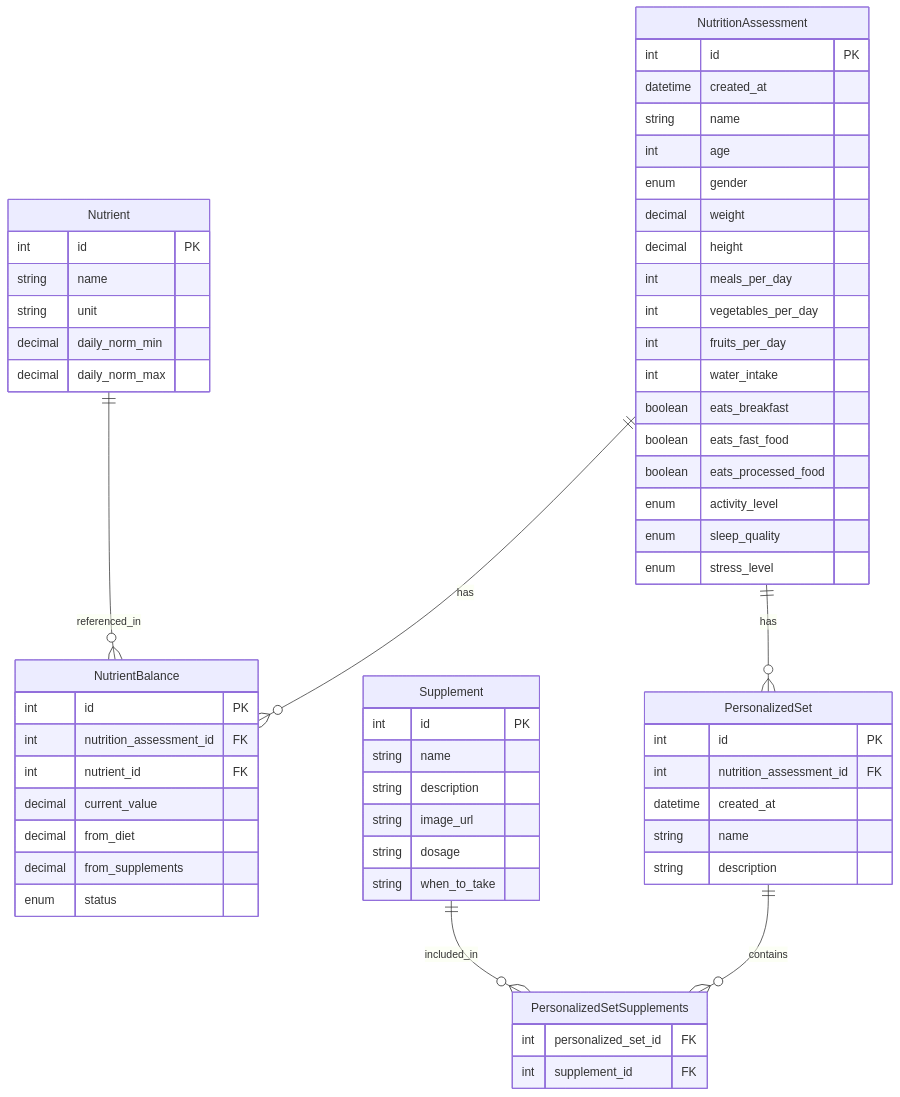
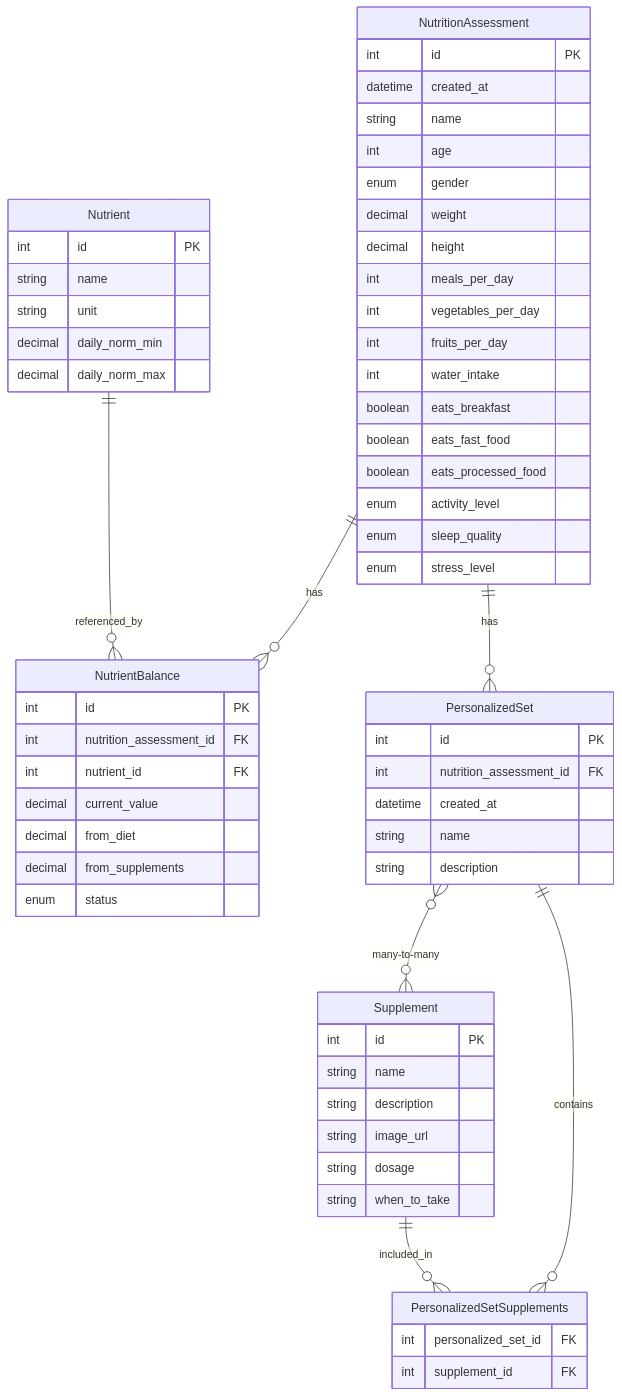
Before and after one commit to YourPancakes/Biogenom.Nutrition: the diagram in database_diagram.md, drawn with Mermaid. The commit also changed other lines of this file, not shown here.

````diff
--- a/database_diagram.md
+++ b/database_diagram.md
@@ -5,68 +5,69 @@
 ```mermaid
 erDiagram
     NutritionAssessment {
         int id PK
         datetime created_at
         string name
         int age
         enum gender
         decimal weight
         decimal height
         int meals_per_day
         int vegetables_per_day
         int fruits_per_day
         int water_intake
         boolean eats_breakfast
         boolean eats_fast_food
         boolean eats_processed_food
         enum activity_level
         enum sleep_quality
         enum stress_level
     }
 
     Nutrient {
         int id PK
         string name
         string unit
         decimal daily_norm_min
         decimal daily_norm_max
     }
 
     NutrientBalance {
         int id PK
         int nutrition_assessment_id FK
         int nutrient_id FK
         decimal current_value
         decimal from_diet
         decimal from_supplements
         enum status
     }
 
     PersonalizedSet {
         int id PK
         int nutrition_assessment_id FK
         datetime created_at
         string name
         string description
     }
 
     Supplement {
         int id PK
         string name
         string description
         string image_url
         string dosage
         string when_to_take
     }
 
     PersonalizedSetSupplements {
         int personalized_set_id FK
         int supplement_id FK
     }
 
     NutritionAssessment ||--o{ NutrientBalance : "has"
     NutritionAssessment ||--o{ PersonalizedSet : "has"
-    Nutrient ||--o{ NutrientBalance : "referenced_in"
+    Nutrient ||--o{ NutrientBalance : "referenced_by"
+    PersonalizedSet }o--o{ Supplement : "many-to-many"
     PersonalizedSet ||--o{ PersonalizedSetSupplements : "contains"
     Supplement ||--o{ PersonalizedSetSupplements : "included_in"
 ```
````
